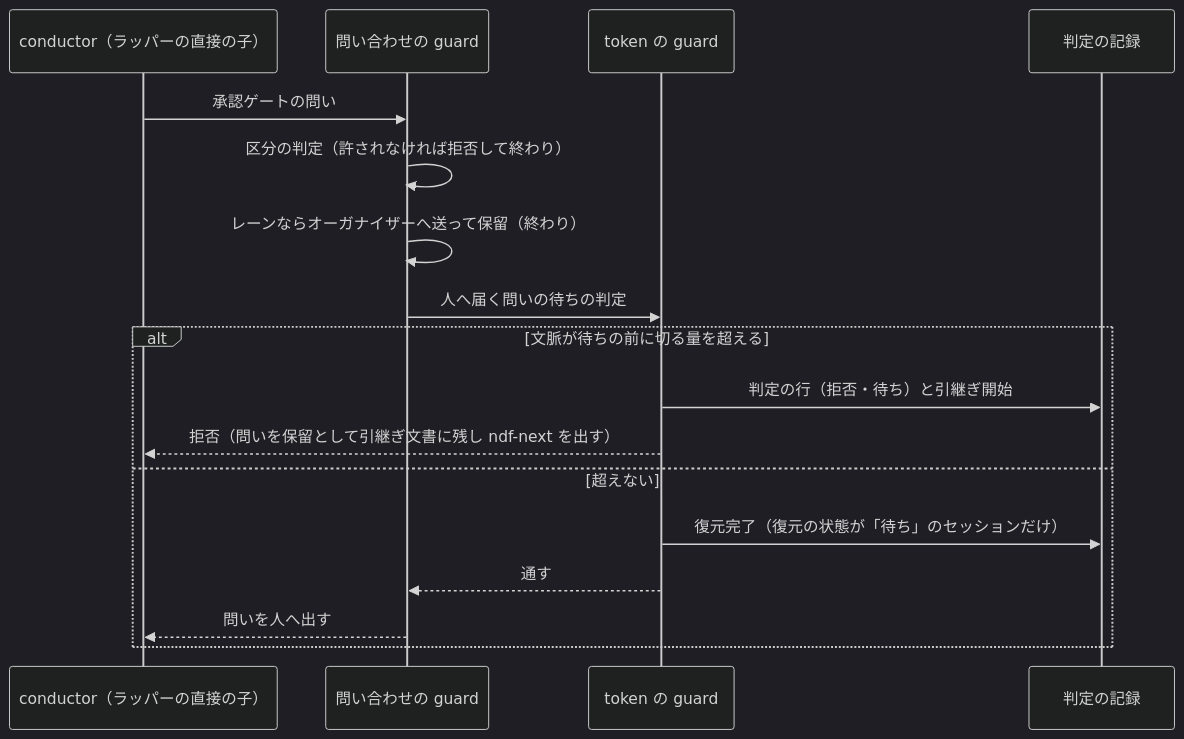
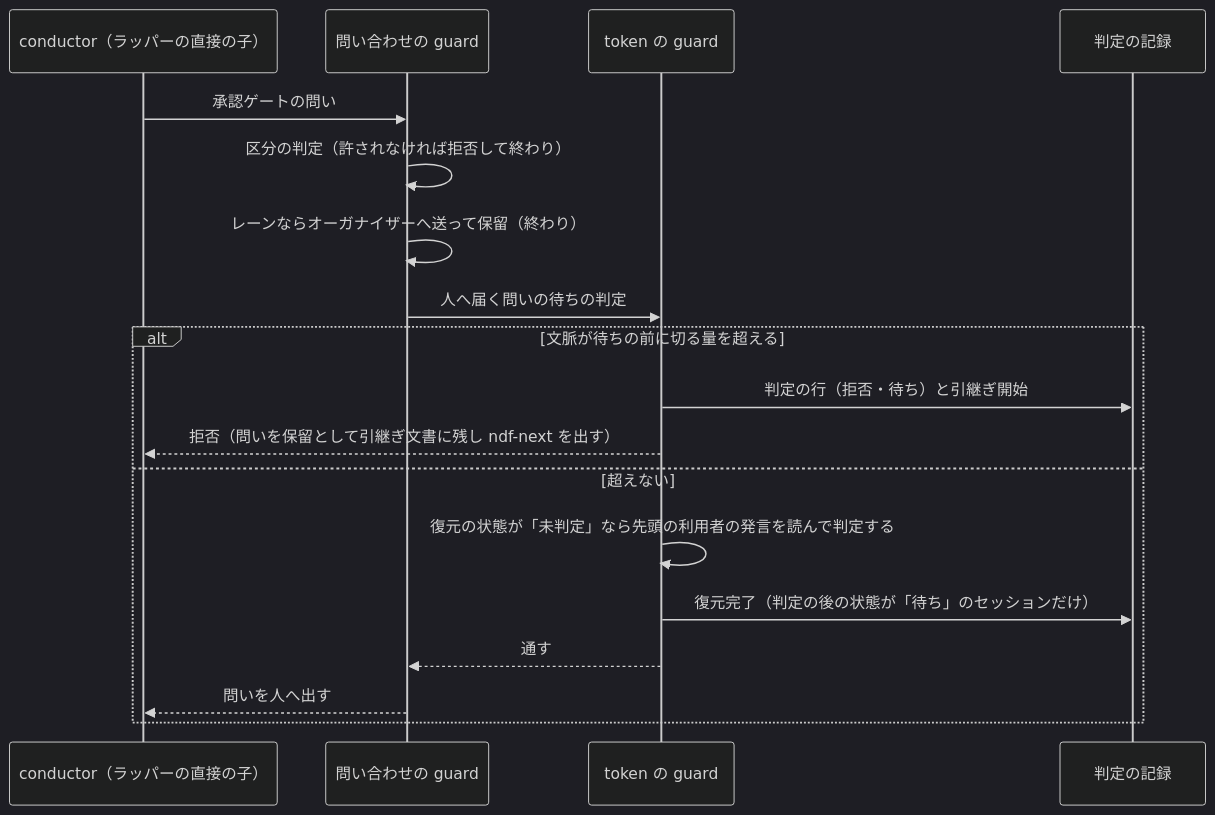
Before and after one commit to devbasex/ai-plugins: the fifth of 5 diagrams in issues/issue-2908-design.md, drawn with Mermaid (dark theme). The commit also changed other lines of this file, not shown here.

````diff
--- a/issues/issue-2908-design.md
+++ b/issues/issue-2908-design.md
@@ -261,19 +263,20 @@
 ```mermaid
 sequenceDiagram
     participant C as conductor（ラッパーの直接の子）
     participant A as 問い合わせの guard
     participant G as token の guard
     participant L as 判定の記録
     C->>A: 承認ゲートの問い
     A->>A: 区分の判定（許されなければ拒否して終わり）
     A->>A: レーンならオーガナイザーへ送って保留（終わり）
     A->>G: 人へ届く問いの待ちの判定
     alt 文脈が待ちの前に切る量を超える
         G->>L: 判定の行（拒否・待ち）と引継ぎ開始
         G-->>C: 拒否（問いを保留として引継ぎ文書に残し ndf-next を出す）
     else 超えない
-        G->>L: 復元完了（復元の状態が「待ち」のセッションだけ）
+        G->>G: 復元の状態が「未判定」なら先頭の利用者の発言を読んで判定する
+        G->>L: 復元完了（判定の後の状態が「待ち」のセッションだけ）
         G-->>A: 通す
         A-->>C: 問いを人へ出す
     end
 ```
````
